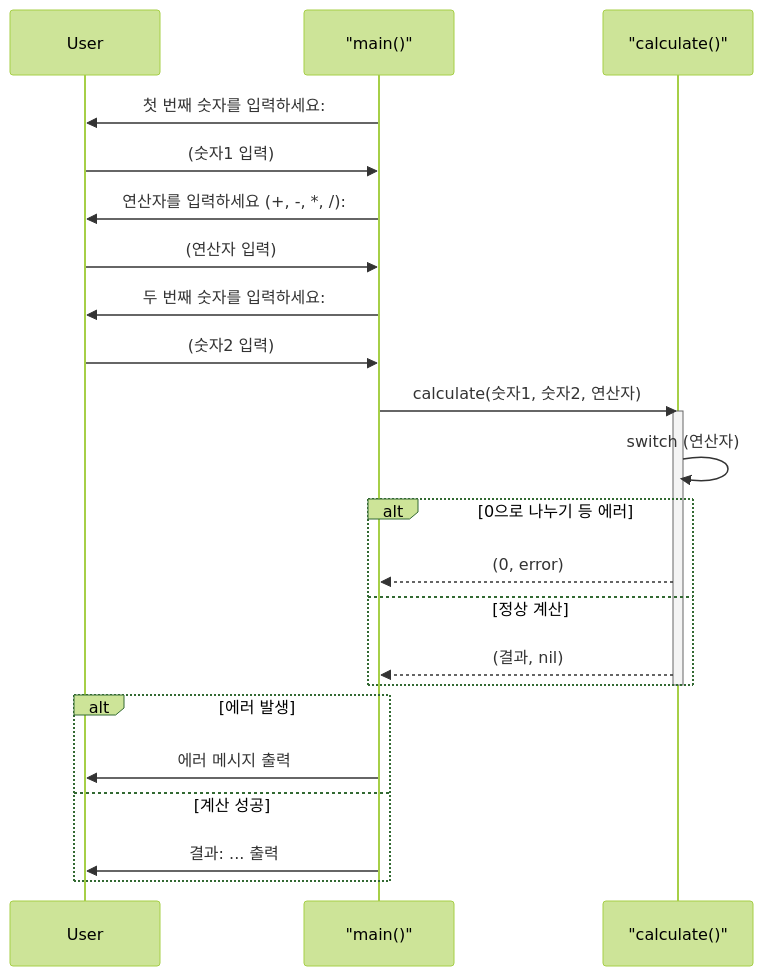
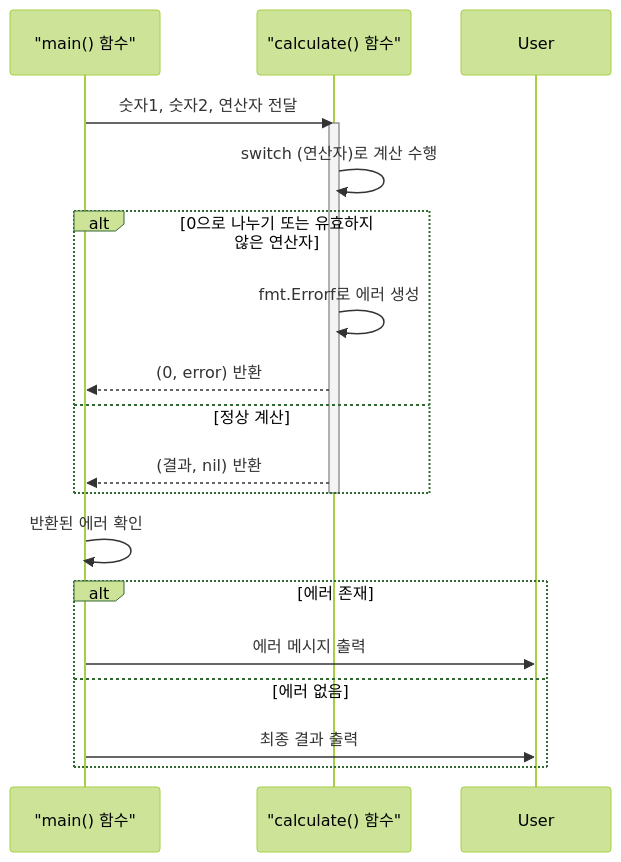
The fourth of 8 diagrams in _posts/03.코딩/golang/24-10-19-Go언어-미니프로젝트(1)-구구단,계산기,전화번호부.md (leekh4232/hossam-blog), drawn with Mermaid (forest theme) before and after one commit. The commit also changed other lines of this file and 5 other files, not shown here.

````diff
--- a/_posts/03.코딩/golang/24-10-19-Go언어-미니프로젝트(1)-구구단,계산기,전화번호부.md
+++ b/_posts/03.코딩/golang/24-10-19-Go언어-미니프로젝트(1)-구구단,계산기,전화번호부.md
@@ -138,29 +371,23 @@
 ```mermaid
 sequenceDiagram
-    participant User
-    participant main as "main()"
-    participant calculate as "calculate()"
+    participant main as "main() 함수"
+    participant calculate as "calculate() 함수"
 
-    main->>User: 첫 번째 숫자를 입력하세요:
-    User->>main: (숫자1 입력)
-    main->>User: 연산자를 입력하세요 (+, -, *, /):
-    User->>main: (연산자 입력)
-    main->>User: 두 번째 숫자를 입력하세요:
-    User->>main: (숫자2 입력)
-
-    main->>calculate: calculate(숫자1, 숫자2, 연산자)
+    main->>calculate: 숫자1, 숫자2, 연산자 전달
     activate calculate
-    calculate->>calculate: switch (연산자)
-    alt 0으로 나누기 등 에러
-        calculate-->>main: (0, error)
+    calculate->>calculate: switch (연산자)로 계산 수행
+    alt 0으로 나누기 또는 유효하지 않은 연산자
+        calculate->>calculate: fmt.Errorf로 에러 생성
+        calculate-->>main: (0, error) 반환
     else 정상 계산
-        calculate-->>main: (결과, nil)
+        calculate-->>main: (결과, nil) 반환
     end
     deactivate calculate
 
-    alt 에러 발생
+    main->>main: 반환된 에러 확인
+    alt 에러 존재
         main->>User: 에러 메시지 출력
-    else 계산 성공
-        main->>User: 결과: ... 출력
+    else 에러 없음
+        main->>User: 최종 결과 출력
     end
 ```
````
